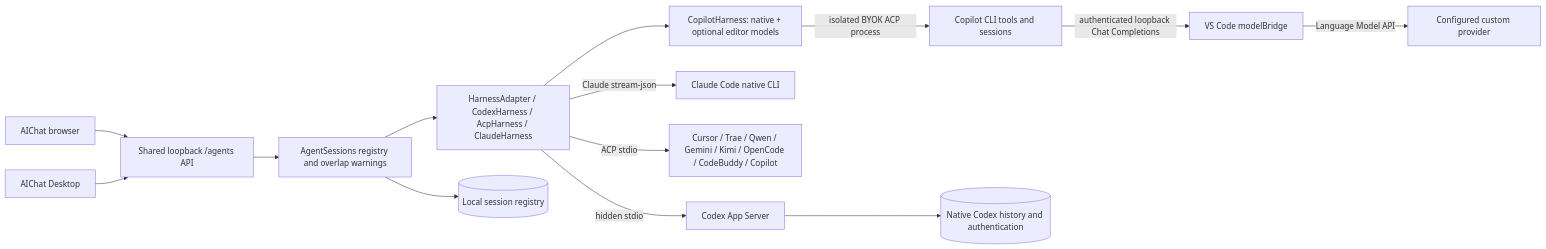
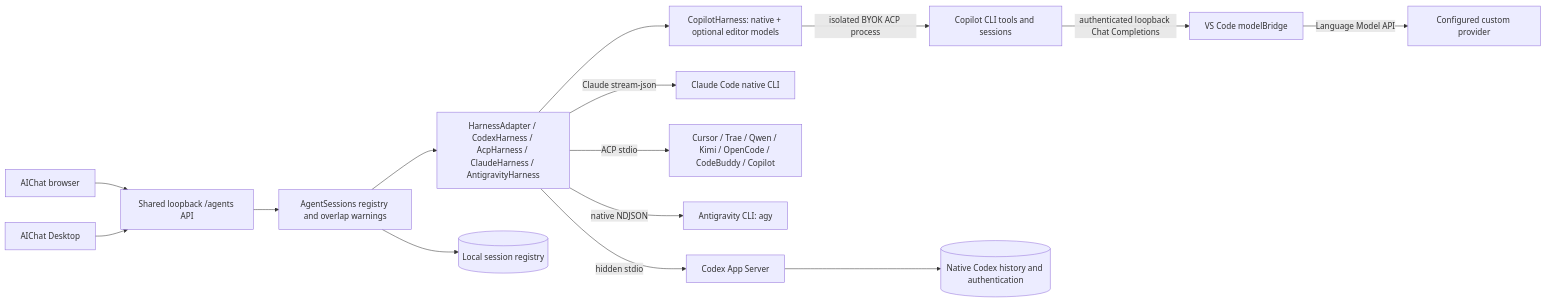
The diagram in docs/agent-harnesses.md (LiXizhi/keepworkExtension), drawn with Mermaid before and after one commit. The commit also changed other lines of this file and 16 other files, not shown here.

First line of the commit message:
replace Gemini CLI with native Antigravity harness

````diff
--- a/docs/agent-harnesses.md
+++ b/docs/agent-harnesses.md
@@ -8,16 +8,17 @@
 ```mermaid
 flowchart LR
     Browser[AIChat browser] --> HTTP[Shared loopback /agents API]
     Desktop[AIChat Desktop] --> HTTP
     HTTP --> Sessions[AgentSessions registry and overlap warnings]
-    Sessions --> Adapter[HarnessAdapter / CodexHarness / AcpHarness / ClaudeHarness]
+    Sessions --> Adapter[HarnessAdapter / CodexHarness / AcpHarness / ClaudeHarness / AntigravityHarness]
     Adapter -->|hidden stdio| Codex[Codex App Server]
     Adapter -->|Claude stream-json| Claude[Claude Code native CLI]
-    Adapter -->|ACP stdio| CLIs[Cursor / Trae / Qwen / Gemini / Kimi / OpenCode / CodeBuddy / Copilot]
+    Adapter -->|ACP stdio| CLIs[Cursor / Trae / Qwen / Kimi / OpenCode / CodeBuddy / Copilot]
+    Adapter -->|native NDJSON| Antigravity[Antigravity CLI: agy]
     Adapter --> CopilotRouter[CopilotHarness: native + optional editor models]
     CopilotRouter -->|isolated BYOK ACP process| EditorCLI[Copilot CLI tools and sessions]
     EditorCLI -->|authenticated loopback Chat Completions| EditorBridge[VS Code modelBridge]
     EditorBridge -->|Language Model API| EditorProvider[Configured custom provider]
     Sessions --> Registry[(Local session registry)]
     Codex --> History[(Native Codex history and authentication)]
 ```
````
